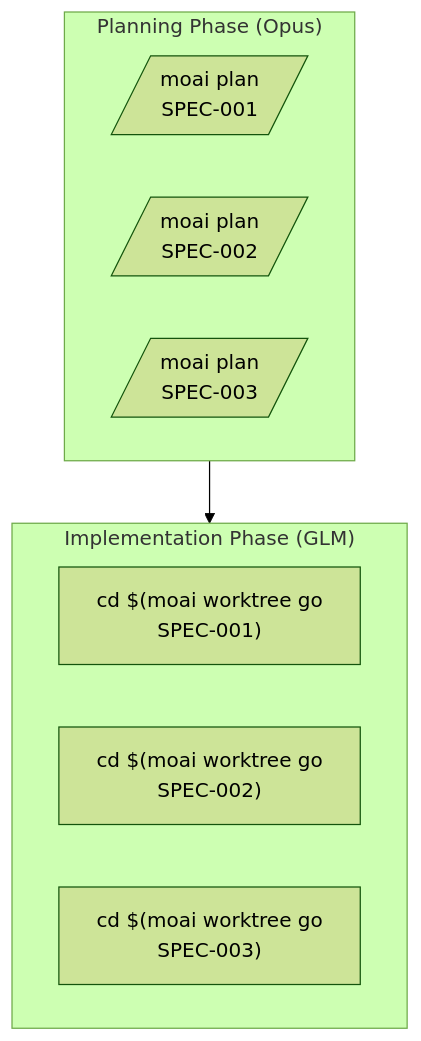
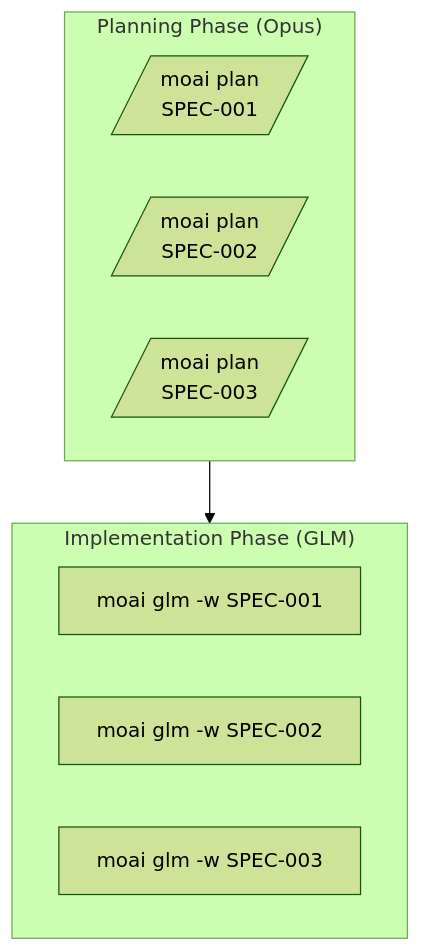
Before and after one commit to modu-ai/moai-adk: the seventh of 9 diagrams in docs-site/content/ja/worktree/guide.md, drawn with Mermaid (forest theme). The commit also changed other lines of this file and 35 other files, not shown here.

````diff
--- a/docs-site/content/ja/worktree/guide.md
+++ b/docs-site/content/ja/worktree/guide.md
@@ -473,16 +480,16 @@
 ```mermaid
 graph TB
     subgraph Planning["Planning Phase (Opus)"]
         P1[/moai plan<br/>SPEC-001/]
         P2[/moai plan<br/>SPEC-002/]
         P3[/moai plan<br/>SPEC-003/]
     end
 
     subgraph Implementation["Implementation Phase (GLM)"]
-        I1["cd $(moai worktree go<br/>SPEC-001)"]
-        I2["cd $(moai worktree go<br/>SPEC-002)"]
-        I3["cd $(moai worktree go<br/>SPEC-003)"]
+        I1["moai glm -w SPEC-001"]
+        I2["moai glm -w SPEC-002"]
+        I3["moai glm -w SPEC-003"]
     end
 
     Planning --> Implementation
 ```
````
